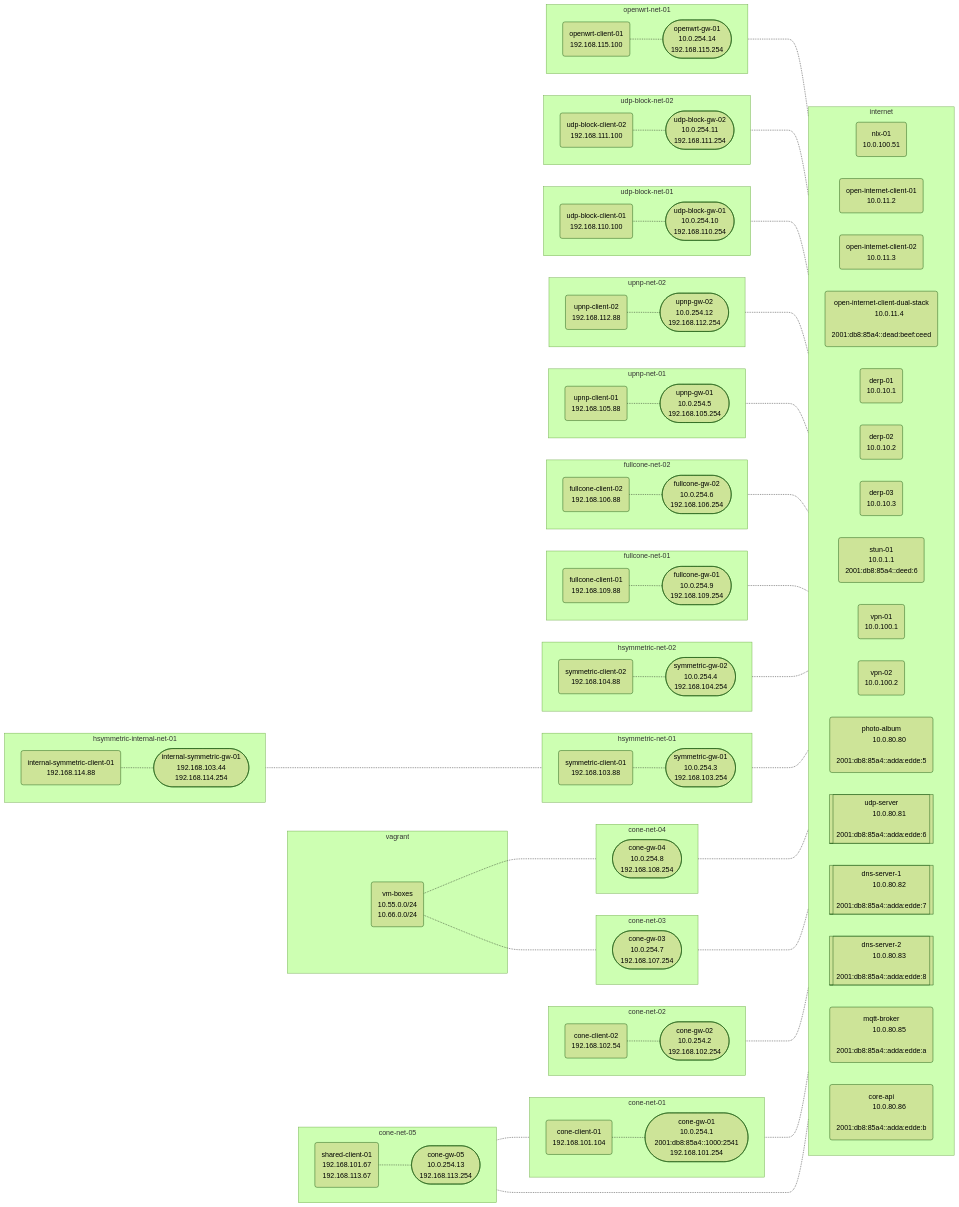
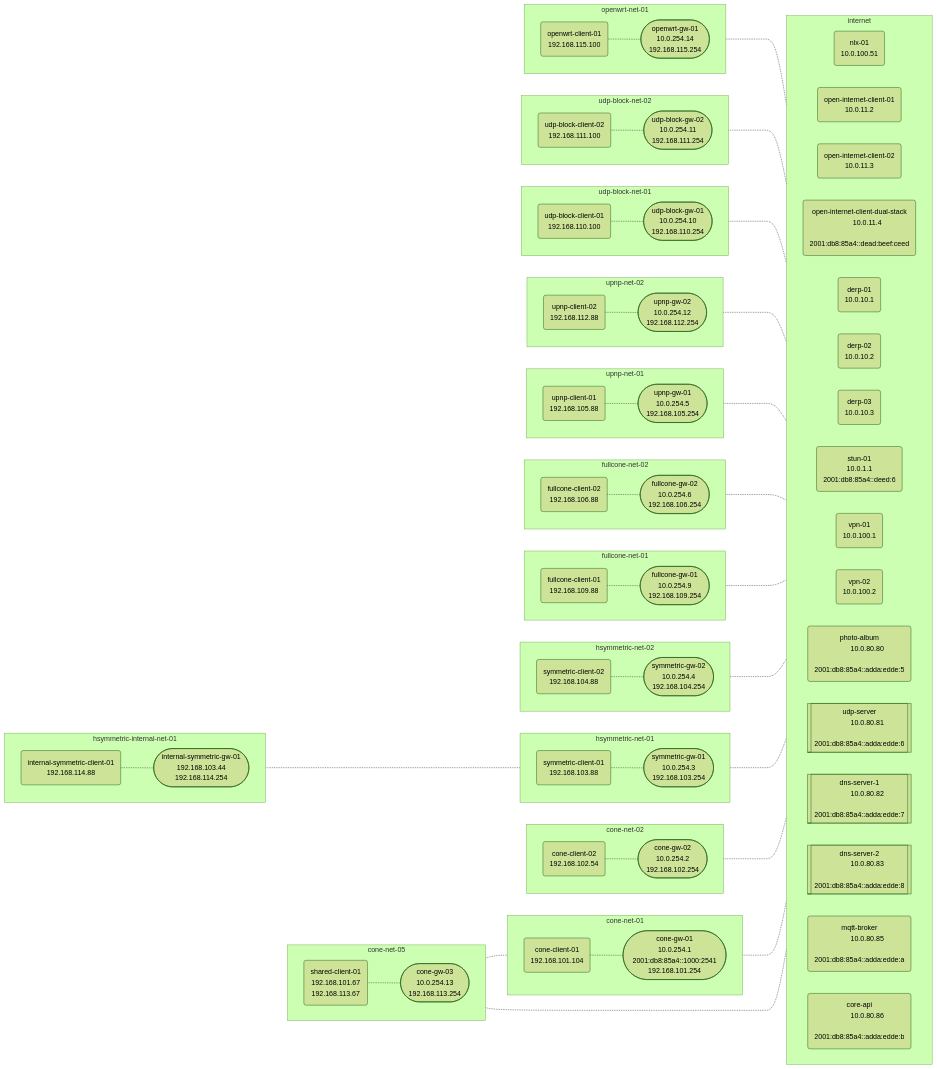
Before and after one commit to NordSecurity/libtelio: the diagram in nat-lab/network.md, drawn with Mermaid (forest theme). The commit also changed 5 other files, not shown here.

````diff
--- a/nat-lab/network.md
+++ b/nat-lab/network.md
@@ -54,7 +54,7 @@
     shared-client-01("shared-client-01
         192.168.101.67
         192.168.113.67")
-    cone-gw-05(["cone-gw-05
+    cone-gw-03(["cone-gw-03
         10.0.254.13
         192.168.113.254"])
   end
@@ -78,22 +78,6 @@
     cone-gw-02(["cone-gw-02
         10.0.254.2
         192.168.102.254"])
-  end
-
-  %% Network cone-net-03
-  subgraph cone-net-03[cone-net-03]
-  direction LR
-    cone-gw-03(["cone-gw-03
-        10.0.254.7
-        192.168.107.254"])
-  end
-
-  %% Network cone-net-04
-  subgraph cone-net-04[cone-net-04]
-  direction LR
-    cone-gw-04(["cone-gw-04
-        10.0.254.8
-        192.168.108.254"])
   end
 
   %% Network hsymmetric-net-01
@@ -200,8 +184,6 @@
   cone-gw-01 -..- internet
   cone-gw-02 -..- internet
   cone-gw-03 -..- internet
-  cone-gw-04 -..- internet
-  cone-gw-05 -..- internet
   symmetric-gw-01 -..- internet
   symmetric-gw-02 -..- internet
   fullcone-gw-01 -..- internet
@@ -213,7 +195,7 @@
   openwrt-gw-01 -..- internet
   cone-client-01 -.- cone-gw-01
   shared-client-01 -.- cone-gw-01
-  shared-client-01 -.- cone-gw-05
+  shared-client-01 -.- cone-gw-03
   cone-client-02 -.- cone-gw-02
   symmetric-client-01 -.- symmetric-gw-01
   internal-symmetric-gw-01 -..- symmetric-gw-01
@@ -226,13 +208,4 @@
   udp-block-client-01 -.- udp-block-gw-01
   udp-block-client-02 -.- udp-block-gw-02
   openwrt-client-01 -.- openwrt-gw-01
-
-  %% Vagrant boxes
-  subgraph vagrant
-    vm-boxes("vm-boxes
-        10.55.0.0/24 
-        10.66.0.0/24")
-  end
-  vm-boxes -.- cone-gw-03
-  vm-boxes -.- cone-gw-04
 ```
````
